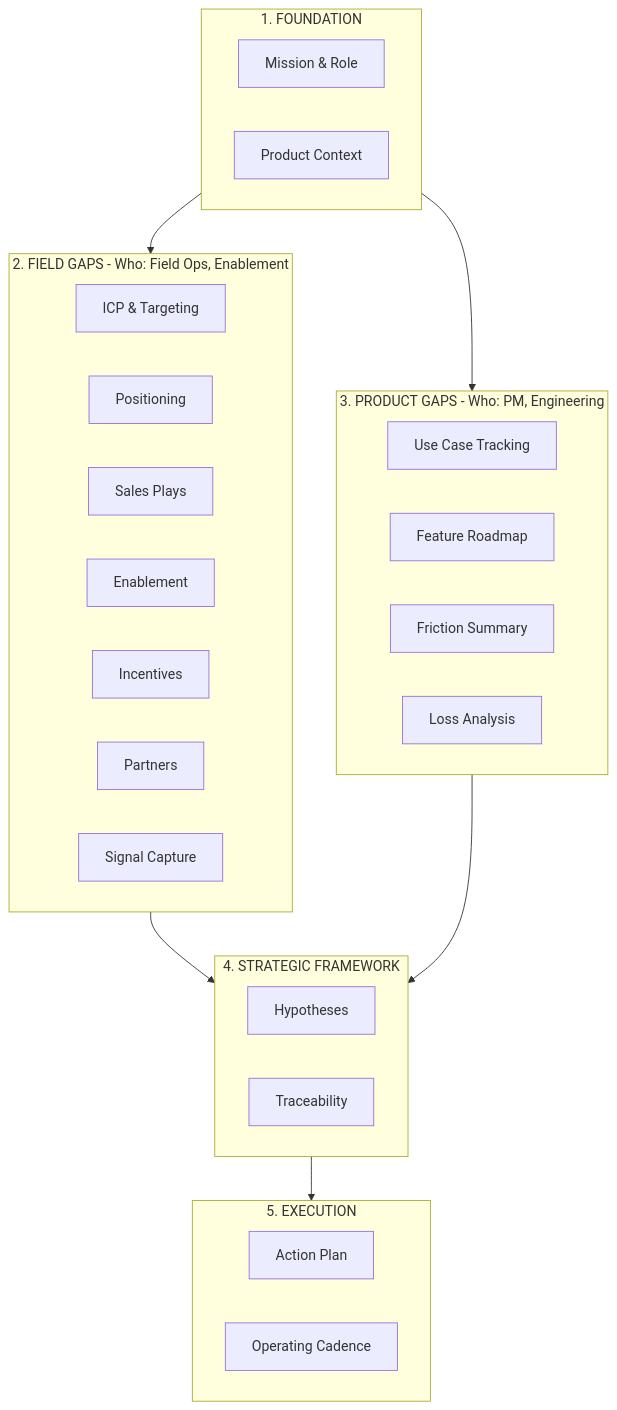
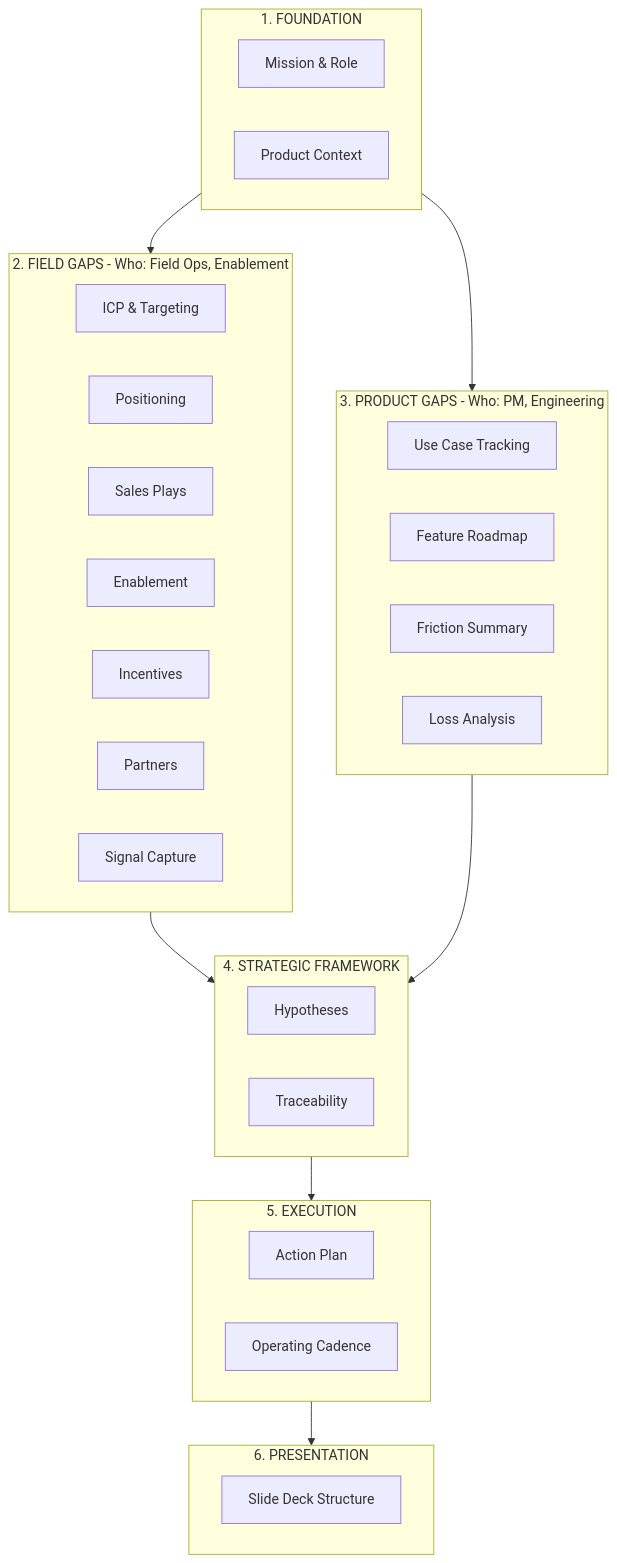
Before and after one commit to Tushar1344/databricks-apps-adoption: the diagram in README.md, drawn with Mermaid. The commit also changed other lines of this file and 2 other files, not shown here.

First line of the commit message:
Add presentation structure for 45-min panel deck

````diff
--- a/README.md
+++ b/README.md
@@ -9,40 +9,45 @@
 ```mermaid
 flowchart TB
     subgraph Foundation["1. FOUNDATION"]
         F1[Mission & Role]
         F2[Product Context]
     end
     
     subgraph Field["2. FIELD GAPS - Who: Field Ops, Enablement"]
         FG1[ICP & Targeting]
         FG2[Positioning]
         FG3[Sales Plays]
         FG4[Enablement]
         FG5[Incentives]
         FG6[Partners]
         FG7[Signal Capture]
     end
     
     subgraph Product["3. PRODUCT GAPS - Who: PM, Engineering"]
         PG1[Use Case Tracking]
         PG2[Feature Roadmap]
         PG3[Friction Summary]
         PG4[Loss Analysis]
     end
     
     subgraph Framework["4. STRATEGIC FRAMEWORK"]
         SF1[Hypotheses]
         SF2[Traceability]
     end
     
     subgraph Execution["5. EXECUTION"]
         E1[Action Plan]
         E2[Operating Cadence]
     end
     
+    subgraph Presentation["6. PRESENTATION"]
+        P1[Slide Deck Structure]
+    end
+    
     Foundation --> Field
     Foundation --> Product
     Field --> Framework
     Product --> Framework
     Framework --> Execution
+    Execution --> Presentation
 ```
````
